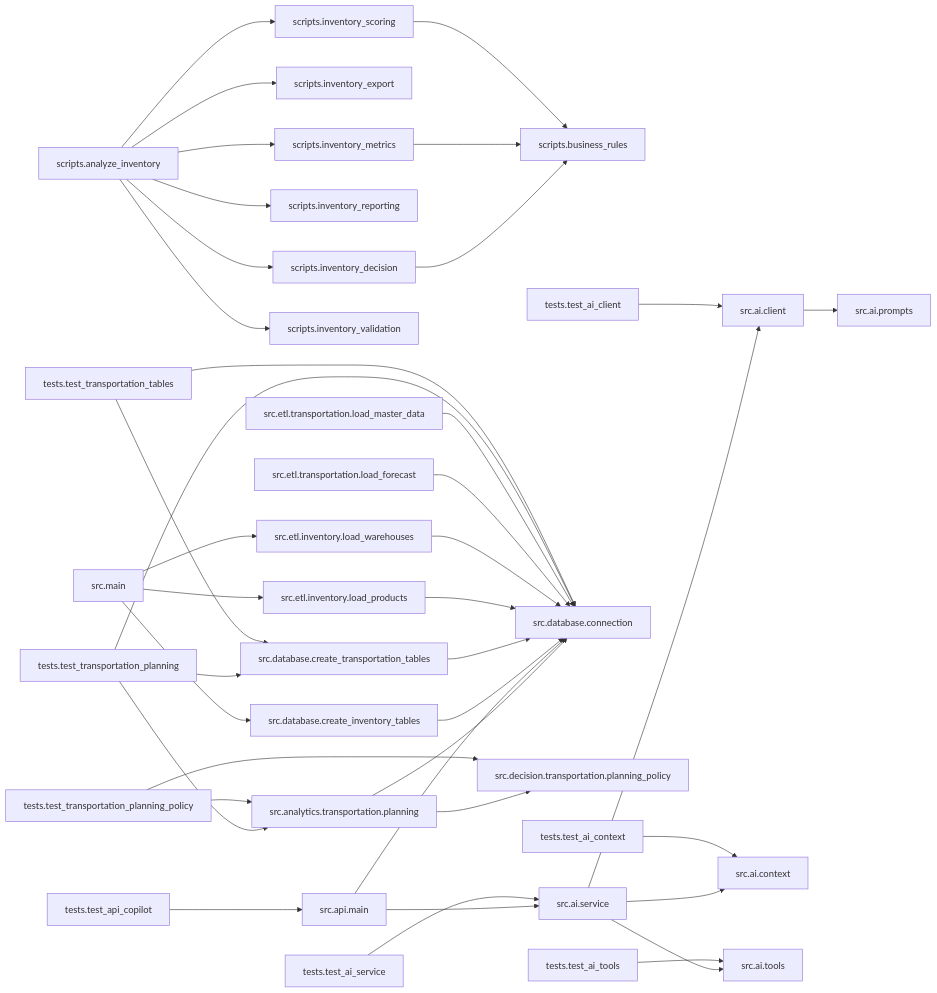
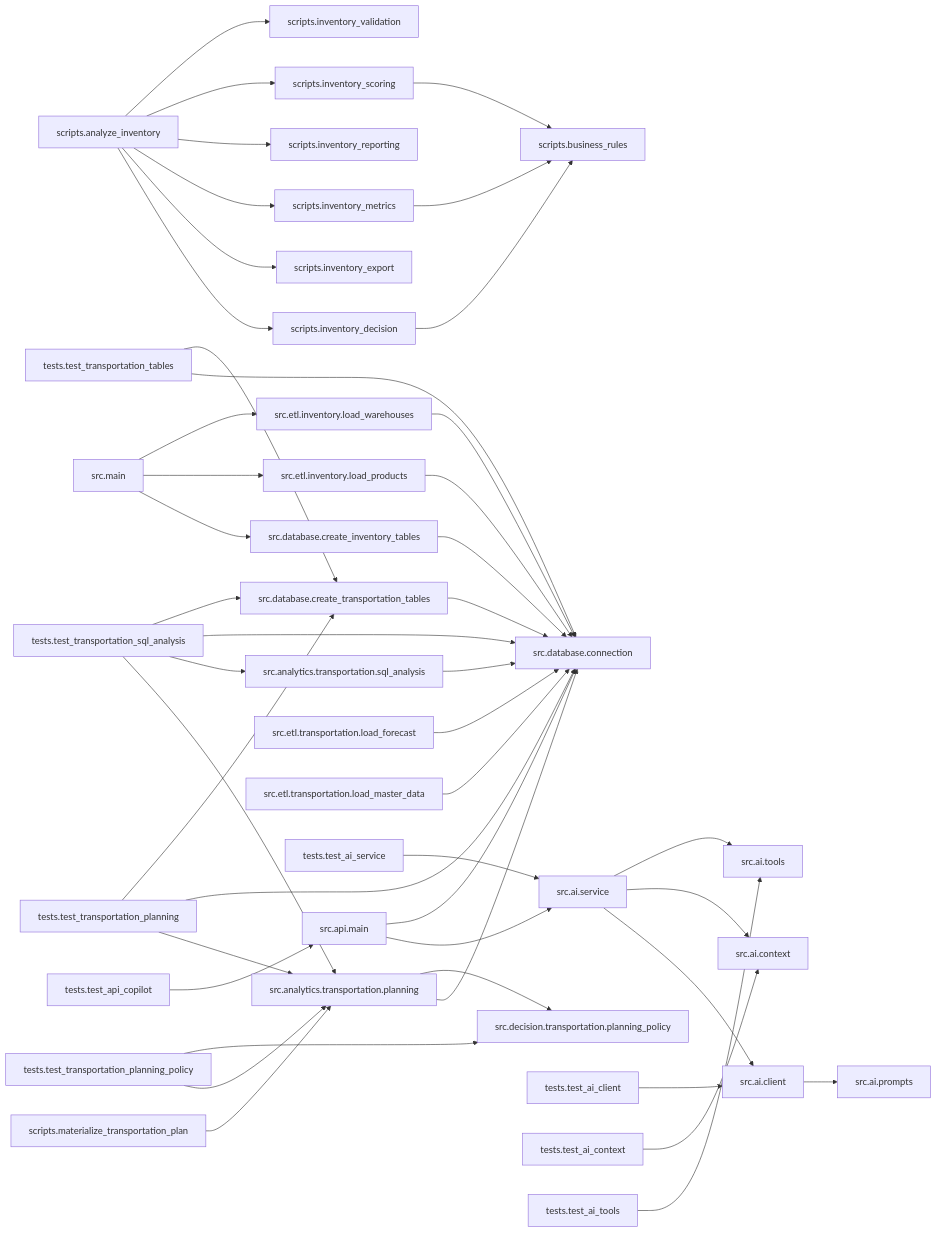
The diagram in docs/project_audit/PROJECT_AUDIT.md (RodsSoares/ai-supply-chain-copilot), drawn with Mermaid before and after one commit. The commit also changed other lines of this file and 8 other files, not shown here.

Commit message:
feat(transportation): complete planning materialization and advanced SQL analytics

````diff
--- a/docs/project_audit/PROJECT_AUDIT.md
+++ b/docs/project_audit/PROJECT_AUDIT.md
@@ -655,41 +714,47 @@
 ```mermaid
 flowchart LR
     scripts_analyze_inventory["scripts.analyze_inventory"] --> scripts_inventory_decision["scripts.inventory_decision"]
     scripts_analyze_inventory["scripts.analyze_inventory"] --> scripts_inventory_export["scripts.inventory_export"]
     scripts_analyze_inventory["scripts.analyze_inventory"] --> scripts_inventory_metrics["scripts.inventory_metrics"]
     scripts_analyze_inventory["scripts.analyze_inventory"] --> scripts_inventory_reporting["scripts.inventory_reporting"]
     scripts_analyze_inventory["scripts.analyze_inventory"] --> scripts_inventory_scoring["scripts.inventory_scoring"]
     scripts_analyze_inventory["scripts.analyze_inventory"] --> scripts_inventory_validation["scripts.inventory_validation"]
     scripts_inventory_decision["scripts.inventory_decision"] --> scripts_business_rules["scripts.business_rules"]
     scripts_inventory_metrics["scripts.inventory_metrics"] --> scripts_business_rules["scripts.business_rules"]
     scripts_inventory_scoring["scripts.inventory_scoring"] --> scripts_business_rules["scripts.business_rules"]
+    scripts_materialize_transportation_plan["scripts.materialize_transportation_plan"] --> src_analytics_transportation_planning["src.analytics.transportation.planning"]
     src_ai_client["src.ai.client"] --> src_ai_prompts["src.ai.prompts"]
     src_ai_service["src.ai.service"] --> src_ai_client["src.ai.client"]
     src_ai_service["src.ai.service"] --> src_ai_context["src.ai.context"]
     src_ai_service["src.ai.service"] --> src_ai_tools["src.ai.tools"]
     src_analytics_transportation_planning["src.analytics.transportation.planning"] --> src_database_connection["src.database.connection"]
     src_analytics_transportation_planning["src.analytics.transportation.planning"] --> src_decision_transportation_planning_policy["src.decision.transportation.planning_policy"]
+    src_analytics_transportation_sql_analysis["src.analytics.transportation.sql_analysis"] --> src_database_connection["src.database.connection"]
     src_api_main["src.api.main"] --> src_ai_service["src.ai.service"]
     src_api_main["src.api.main"] --> src_database_connection["src.database.connection"]
     src_database_create_inventory_tables["src.database.create_inventory_tables"] --> src_database_connection["src.database.connection"]
     src_database_create_transportation_tables["src.database.create_transportation_tables"] --> src_database_connection["src.database.connection"]
     src_etl_inventory_load_products["src.etl.inventory.load_products"] --> src_database_connection["src.database.connection"]
     src_etl_inventory_load_warehouses["src.etl.inventory.load_warehouses"] --> src_database_connection["src.database.connection"]
     src_etl_transportation_load_forecast["src.etl.transportation.load_forecast"] --> src_database_connection["src.database.connection"]
     src_etl_transportation_load_master_data["src.etl.transportation.load_master_data"] --> src_database_connection["src.database.connection"]
     src_main["src.main"] --> src_database_create_inventory_tables["src.database.create_inventory_tables"]
     src_main["src.main"] --> src_etl_inventory_load_products["src.etl.inventory.load_products"]
     src_main["src.main"] --> src_etl_inventory_load_warehouses["src.etl.inventory.load_warehouses"]
     tests_test_ai_client["tests.test_ai_client"] --> src_ai_client["src.ai.client"]
     tests_test_ai_context["tests.test_ai_context"] --> src_ai_context["src.ai.context"]
     tests_test_ai_service["tests.test_ai_service"] --> src_ai_service["src.ai.service"]
     tests_test_ai_tools["tests.test_ai_tools"] --> src_ai_tools["src.ai.tools"]
     tests_test_api_copilot["tests.test_api_copilot"] --> src_api_main["src.api.main"]
     tests_test_transportation_planning["tests.test_transportation_planning"] --> src_analytics_transportation_planning["src.analytics.transportation.planning"]
     tests_test_transportation_planning["tests.test_transportation_planning"] --> src_database_connection["src.database.connection"]
     tests_test_transportation_planning["tests.test_transportation_planning"] --> src_database_create_transportation_tables["src.database.create_transportation_tables"]
     tests_test_transportation_planning_policy["tests.test_transportation_planning_policy"] --> src_analytics_transportation_planning["src.analytics.transportation.planning"]
     tests_test_transportation_planning_policy["tests.test_transportation_planning_policy"] --> src_decision_transportation_planning_policy["src.decision.transportation.planning_policy"]
+    tests_test_transportation_sql_analysis["tests.test_transportation_sql_analysis"] --> src_analytics_transportation_planning["src.analytics.transportation.planning"]
+    tests_test_transportation_sql_analysis["tests.test_transportation_sql_analysis"] --> src_analytics_transportation_sql_analysis["src.analytics.transportation.sql_analysis"]
+    tests_test_transportation_sql_analysis["tests.test_transportation_sql_analysis"] --> src_database_connection["src.database.connection"]
+    tests_test_transportation_sql_analysis["tests.test_transportation_sql_analysis"] --> src_database_create_transportation_tables["src.database.create_transportation_tables"]
     tests_test_transportation_tables["tests.test_transportation_tables"] --> src_database_connection["src.database.connection"]
     tests_test_transportation_tables["tests.test_transportation_tables"] --> src_database_create_transportation_tables["src.database.create_transportation_tables"]
 ```
````
